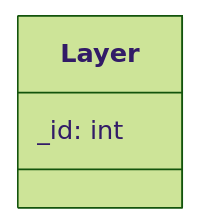
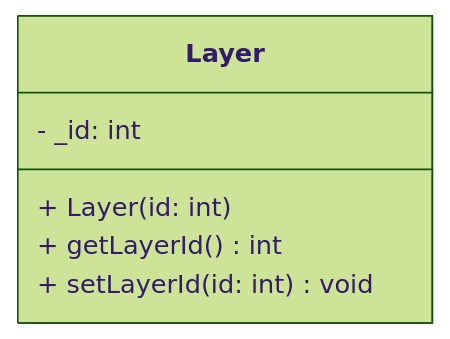
One commit to MYAMBO/R-Type changed the diagram in docs/ECS/component/Layer.md. Above: the diagram before and after it, drawn with Mermaid (forest theme). The commit also changed other lines of this file and 17 other files, not shown here.

````diff
--- a/docs/ECS/component/Layer.md
+++ b/docs/ECS/component/Layer.md
@@ -11,6 +36,9 @@
 ```mermaid
 classDiagram
   class Layer {
-    _id: int
+    - _id: int
+    + Layer(id: int)
+    + getLayerId() int
+    + setLayerId(id: int) void
   }
 ```
````
